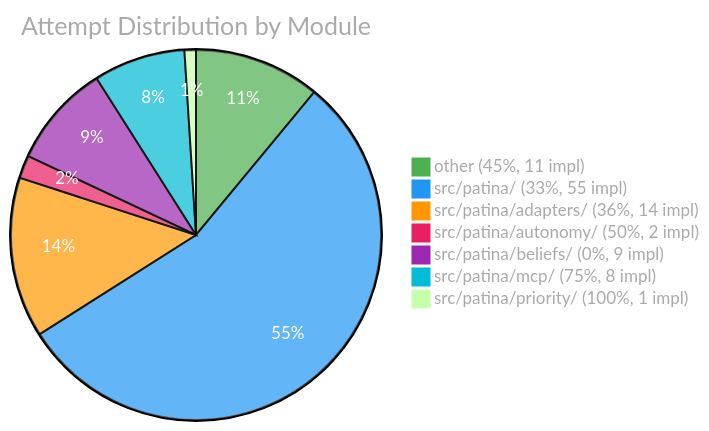
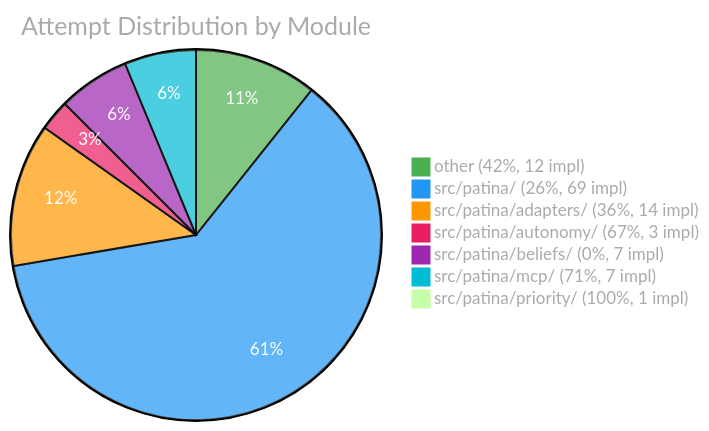
Before and after one commit to Bhavy-Ranka/patina: the third of 3 diagrams in EVAL.md, drawn with Mermaid. The commit also changed other lines of this file and 1 other file, not shown here.

````diff
--- a/EVAL.md
+++ b/EVAL.md
@@ -65,11 +86,11 @@
 ```mermaid
 %%{init: {'theme': 'base', 'themeVariables': {'pie1': '#4CAF50', 'pie2': '#2196F3', 'pie3': '#FF9800', 'pie4': '#E91E63', 'pie5': '#9C27B0', 'pie6': '#00BCD4', 'pieTitleTextColor': '#aaa', 'pieLegendTextColor': '#aaa', 'pieSectionTextColor': '#fff'}}}%%
 pie title Attempt Distribution by Module
-    "other (45%, 11 impl)" : 11
-    "src/patina/ (33%, 55 impl)" : 55
+    "other (42%, 12 impl)" : 12
+    "src/patina/ (26%, 69 impl)" : 69
     "src/patina/adapters/ (36%, 14 impl)" : 14
-    "src/patina/autonomy/ (50%, 2 impl)" : 2
-    "src/patina/beliefs/ (0%, 9 impl)" : 9
-    "src/patina/mcp/ (75%, 8 impl)" : 8
+    "src/patina/autonomy/ (67%, 3 impl)" : 3
+    "src/patina/beliefs/ (0%, 7 impl)" : 7
+    "src/patina/mcp/ (71%, 7 impl)" : 7
     "src/patina/priority/ (100%, 1 impl)" : 1
 ```
````
